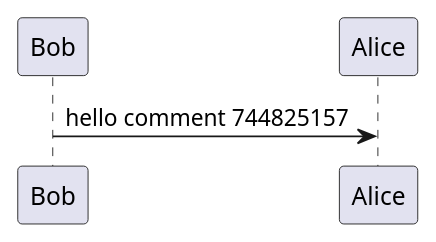
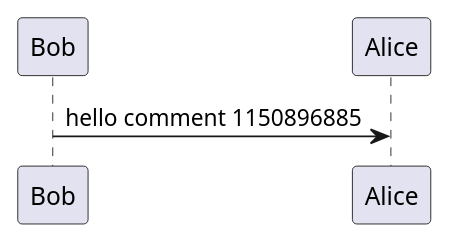
One commit to holowinski/plantuml-github-action changed the diagram in examples/sequence.puml. Above: the diagram before and after it, drawn with PlantUML. The commit also changed 1 other file, not shown here.

Commit message:
Regenerated example diagram - new comment received

```diff
--- a/examples/sequence.puml
+++ b/examples/sequence.puml
@@ -1,3 +1,3 @@
 @startuml
-Bob->Alice : hello comment 744825157
+Bob->Alice : hello comment 1150896885
 @enduml
```
